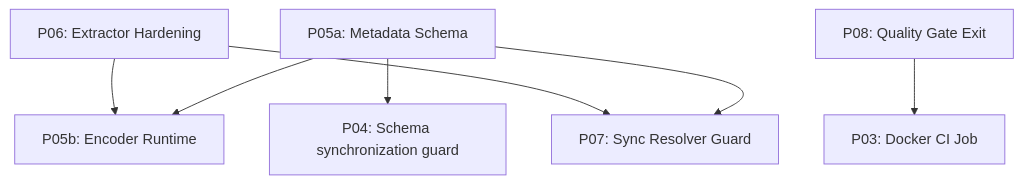
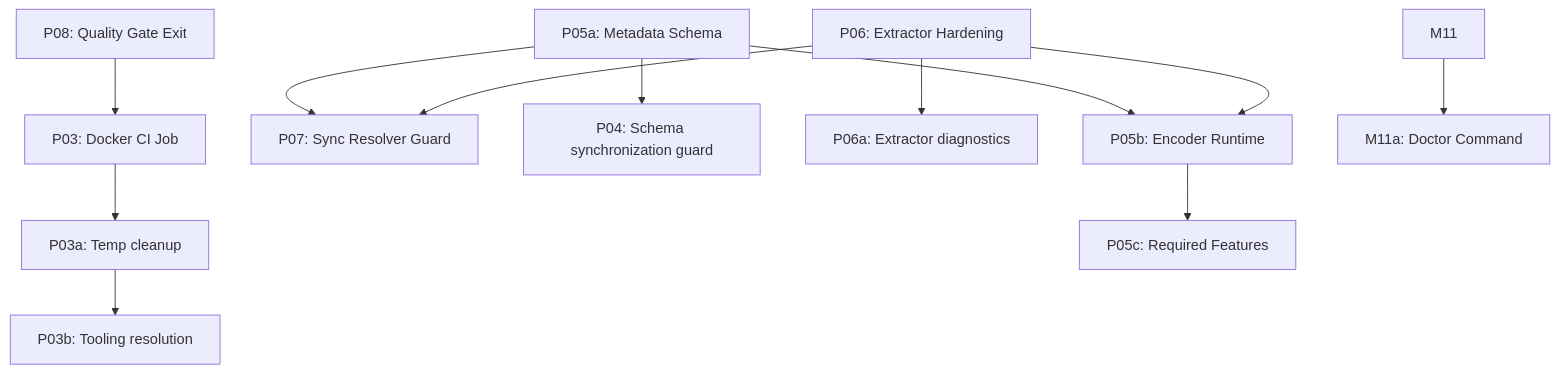
Before and after one commit to vncsleal/scheml: the diagram in docs/ROADMAP.md, drawn with Mermaid. The commit also changed other lines of this file, not shown here.

Commit message:
chore(roadmap): normalize IDs and add ROADMAP_ID_CONVENTION.md

````diff
--- a/docs/ROADMAP.md
+++ b/docs/ROADMAP.md
@@ -9,9 +9,14 @@
 ```mermaid
 graph TD
   P05a[P05a: Metadata Schema] --> P05b[P05b: Encoder Runtime]
   P05a --> P07[P07: Sync Resolver Guard]
   P05a --> P04[P04: Schema synchronization guard]
   P06[P06: Extractor Hardening] --> P05b
   P06 --> P07
+  P06 --> P06a[P06a: Extractor diagnostics]
   P08[P08: Quality Gate Exit] --> P03[P03: Docker CI Job]
+  P03 --> P03a[P03a: Temp cleanup]
+  P03a --> P03b[P03b: Tooling resolution]
+  P05b --> P05c[P05c: Required Features]
+  M11 --> M11a[M11a: Doctor Command]
 ```
````
